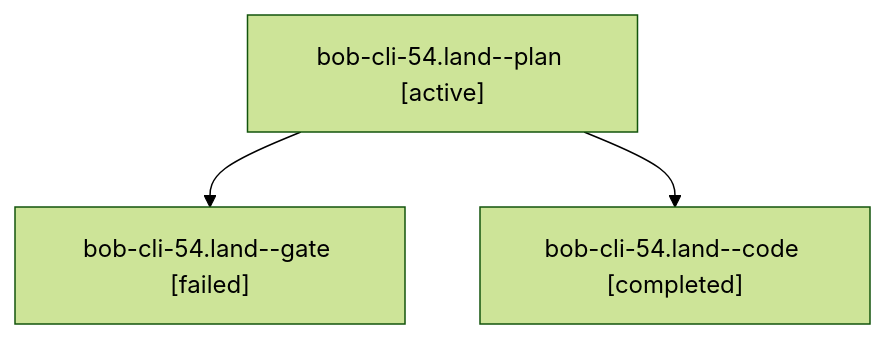
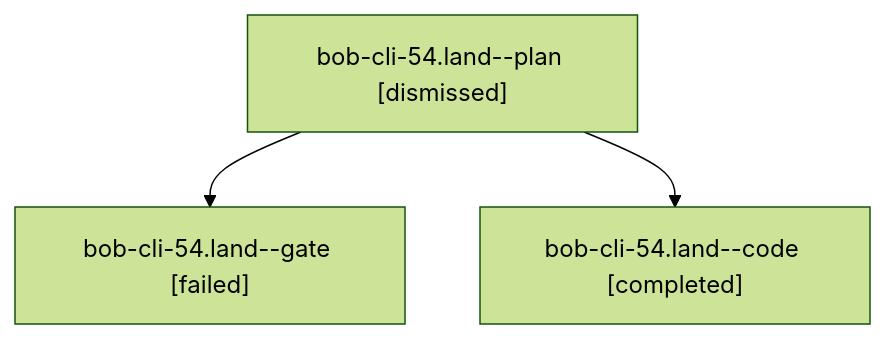
One commit to bobs-org/bob-cli--agents changed the diagram in sessions/bbugyi200.apollo.bob-cli-54.land.md. Above: the diagram before and after it, drawn with Mermaid (forest theme). The commit also changed other lines of this file and 73 other files, not shown here.

````diff
--- a/sessions/bbugyi200.apollo.bob-cli-54.land.md
+++ b/sessions/bbugyi200.apollo.bob-cli-54.land.md
@@ -9,8 +9,8 @@
 ```mermaid
 flowchart TD
-  n0["bob-cli-54.land--plan [active]"]
+  n0["bob-cli-54.land--plan [dismissed]"]
   n1["bob-cli-54.land--gate [failed]"]
   n0 --> n1
   n2["bob-cli-54.land--code [completed]"]
   n0 --> n2
 ```
````
